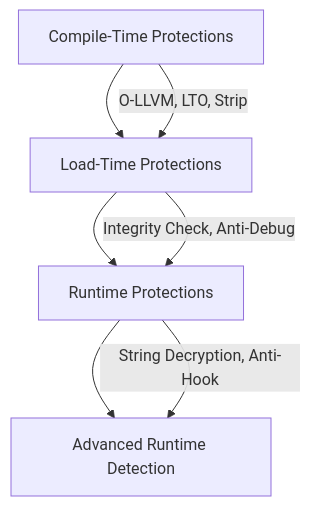
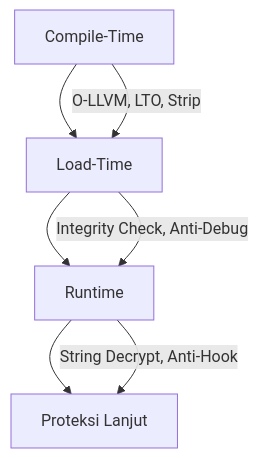
One commit to Qwanwin/Native-Lib changed the diagram in README.md. Above: the diagram before and after it, drawn with Mermaid. The commit also changed other lines of this file, not shown here.

````diff
--- a/README.md
+++ b/README.md
@@ -113,9 +117,9 @@
 ```mermaid
 graph TD
-    A[Compile-Time Protections] --> B[Load-Time Protections]
-    B --> C[Runtime Protections]
-    C --> D[Advanced Runtime Detection]
+    A[Compile-Time] --> B[Load-Time]
+    B --> C[Runtime]
+    C --> D[Proteksi Lanjut]
     A -->|O-LLVM, LTO, Strip| B
     B -->|Integrity Check, Anti-Debug| C
-    C -->|String Decryption, Anti-Hook| D
+    C -->|String Decrypt, Anti-Hook| D
 ```
````
